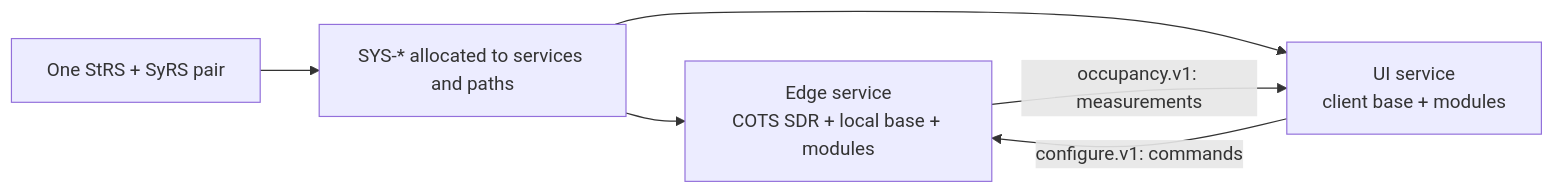
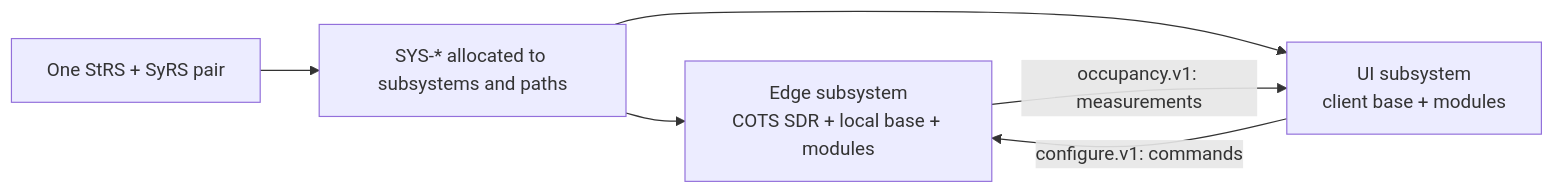
Before and after one commit to dramirezbe/codeanvil-gcpds: the fifth of 11 diagrams in methodology/V-SIL-v3/V-SIL_v3.md, drawn with Mermaid. The commit also changed other lines of this file and 30 other files, not shown here.

First line of the commit message:
refactor: rename "service" to "subsystem" across methodology and tool

````diff
--- a/methodology/V-SIL-v3/V-SIL_v3.md
+++ b/methodology/V-SIL-v3/V-SIL_v3.md
@@ -166,8 +166,8 @@
 ```mermaid
 flowchart LR
-    GT["One StRS + SyRS pair"] --> MAP["SYS-* allocated to services and paths"]
-    MAP --> EDGE["Edge service<br/>COTS SDR + local base + modules"]
-    MAP --> UI["UI service<br/>client base + modules"]
+    GT["One StRS + SyRS pair"] --> MAP["SYS-* allocated to subsystems and paths"]
+    MAP --> EDGE["Edge subsystem<br/>COTS SDR + local base + modules"]
+    MAP --> UI["UI subsystem<br/>client base + modules"]
     EDGE -->|"occupancy.v1: measurements"| UI
     UI -->|"configure.v1: commands"| EDGE
 ```
````
